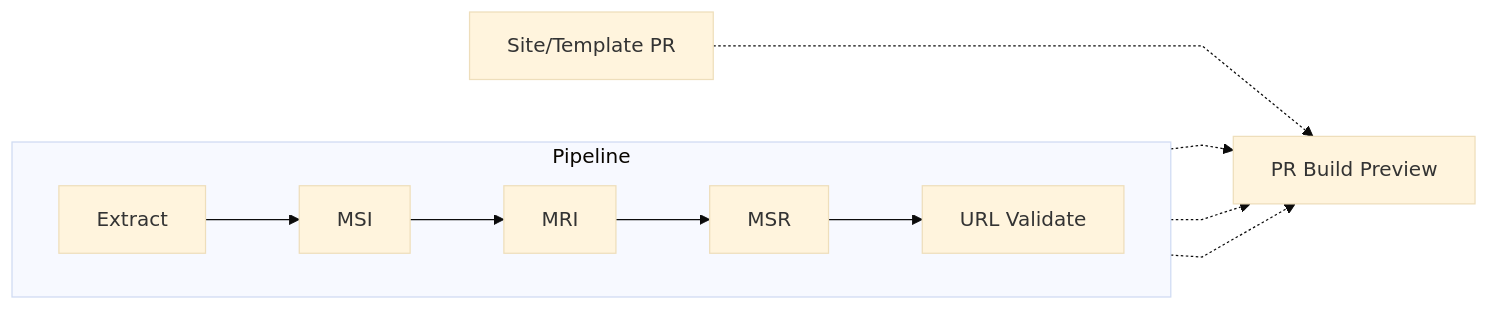
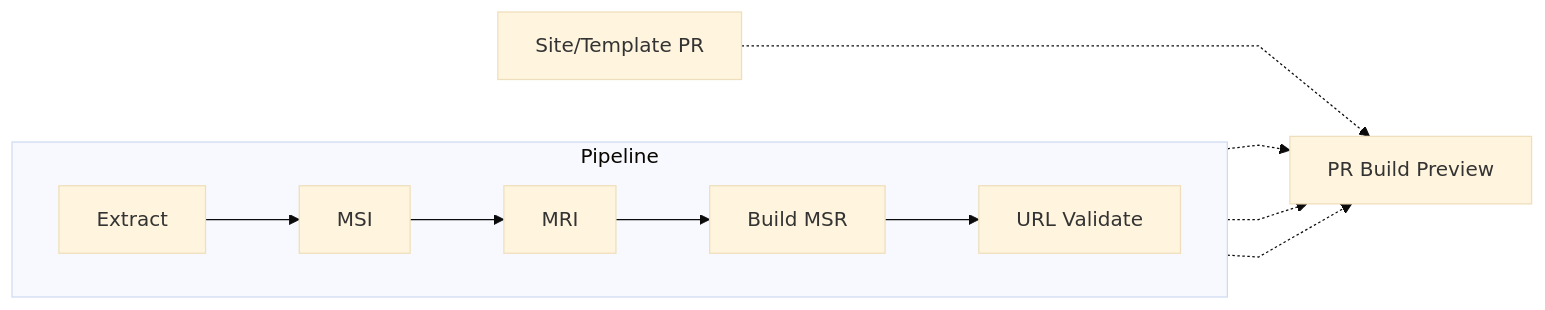
Before and after one commit to SteveLLamb/mediastandards-registry: the diagram in README.md, drawn with Mermaid (base theme).

Commit message:
explicit build

````diff
--- a/README.md
+++ b/README.md
@@ -61,13 +61,13 @@
 ```mermaid
 %%{init: {'flowchart': {'curve': 'linear'}}}%%
 graph LR
   subgraph Pipeline
     direction LR
-    A[Extract] --> B[MSI] --> C[MRI] --> D[MSR] --> E[URL Validate]
+    A[Extract] --> B[MSI] --> C[MRI] --> D[Build MSR] --> E[URL Validate]
   end
 
   A -.-> P[PR Build Preview]
   B -.-> P
   C -.-> P
   S[Site/Template PR] -.-> P
 ```
````
